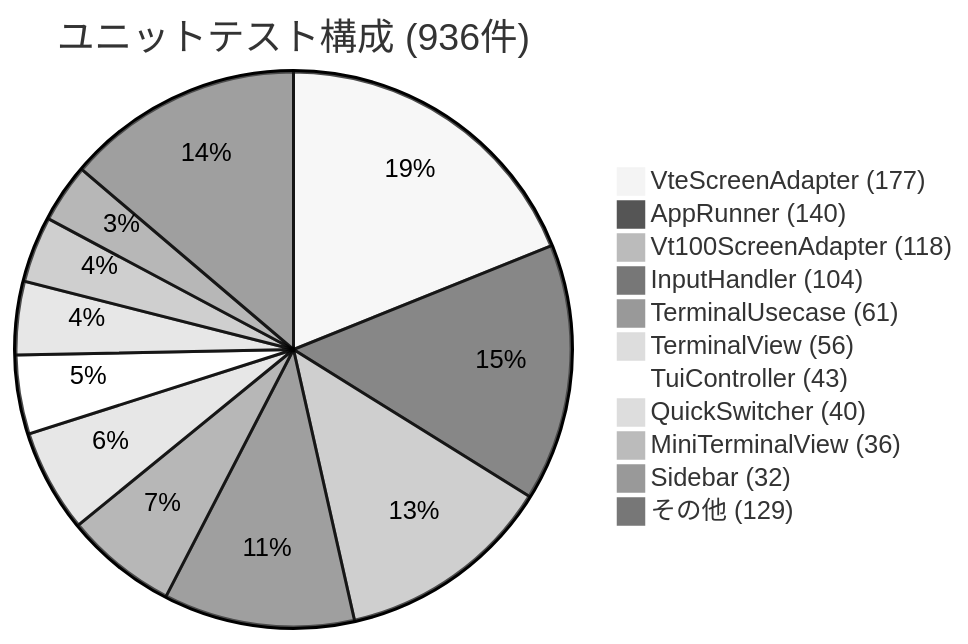
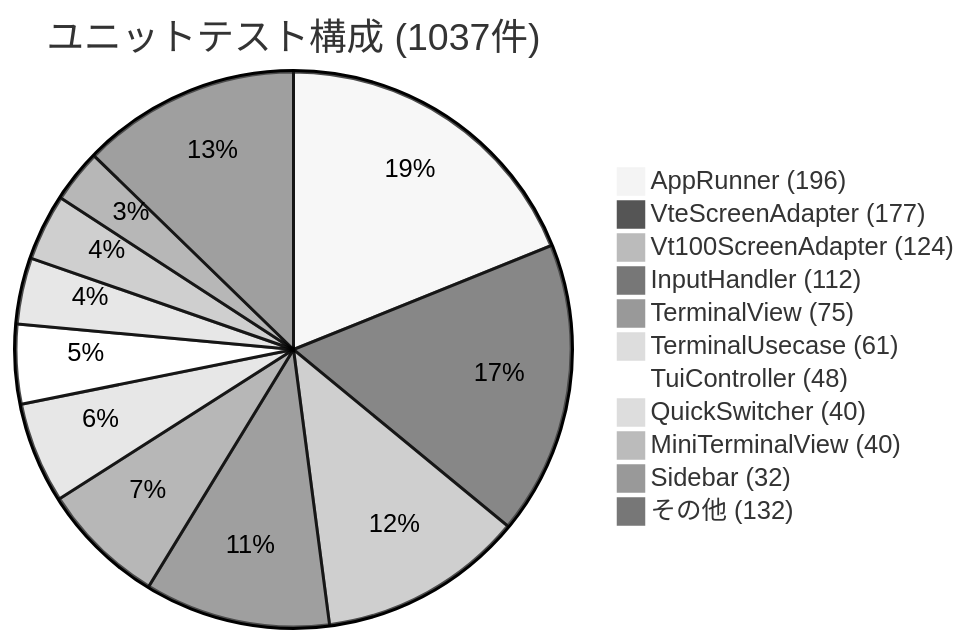
One commit to Kobayashi-takumi/cli-manager changed the sixth of 6 diagrams in README.md. Above: the diagram before and after it, drawn with Mermaid (neutral theme). The commit also changed other lines of this file and 10 other files, not shown here.

````diff
--- a/README.md
+++ b/README.md
@@ -524,14 +574,14 @@
 ```mermaid
-pie title ユニットテスト構成 (936件)
+pie title ユニットテスト構成 (1037件)
+    "AppRunner (196)" : 196
     "VteScreenAdapter (177)" : 177
-    "AppRunner (140)" : 140
-    "Vt100ScreenAdapter (118)" : 118
-    "InputHandler (104)" : 104
+    "Vt100ScreenAdapter (124)" : 124
+    "InputHandler (112)" : 112
+    "TerminalView (75)" : 75
     "TerminalUsecase (61)" : 61
-    "TerminalView (56)" : 56
-    "TuiController (43)" : 43
+    "TuiController (48)" : 48
     "QuickSwitcher (40)" : 40
-    "MiniTerminalView (36)" : 36
+    "MiniTerminalView (40)" : 40
     "Sidebar (32)" : 32
-    "その他 (129)" : 129
+    "その他 (132)" : 132
 ```
````
